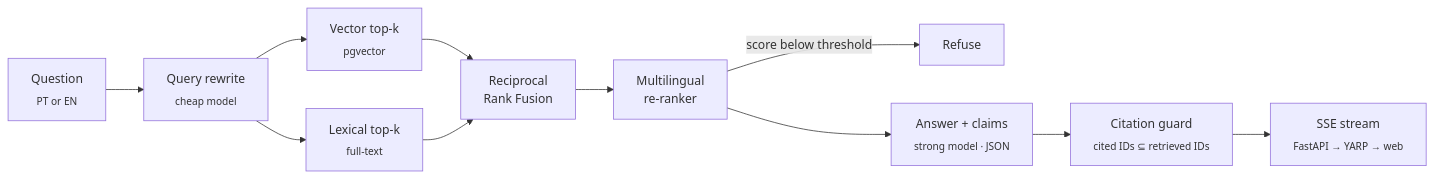
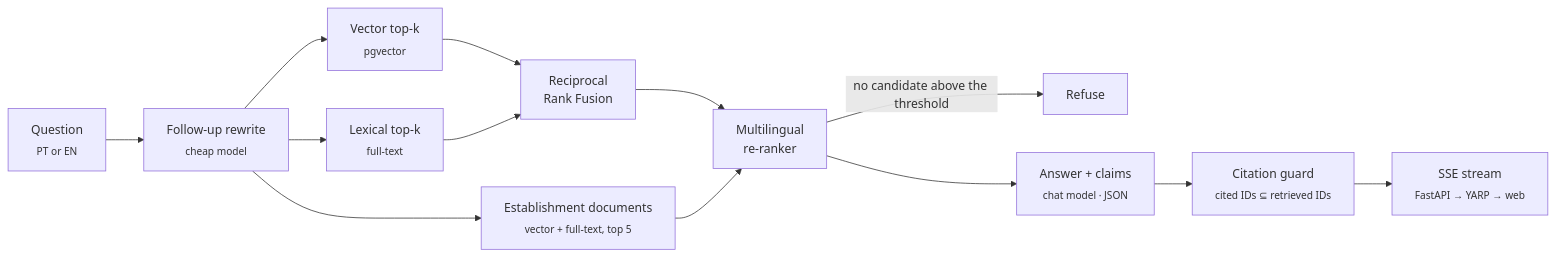
Before and after one commit to KauaVilasBoas/Normetry: the fourth of 5 diagrams in README.md, drawn with Mermaid. The commit also changed other lines of this file and 4 other files, not shown here.

````diff
--- a/README.md
+++ b/README.md
@@ -240,13 +250,15 @@
 ```mermaid
 flowchart LR
-    Q["Question<br/><sub>PT or EN</sub>"] --> RW["Query rewrite<br/><sub>cheap model</sub>"]
+    Q["Question<br/><sub>PT or EN</sub>"] --> RW["Follow-up rewrite<br/><sub>cheap model</sub>"]
     RW --> V["Vector top-k<br/><sub>pgvector</sub>"]
     RW --> L["Lexical top-k<br/><sub>full-text</sub>"]
+    RW --> D["Establishment documents<br/><sub>vector + full-text, top 5</sub>"]
     V --> RRF["Reciprocal<br/>Rank Fusion"]
     L --> RRF
     RRF --> RR["Multilingual<br/>re-ranker"]
-    RR -->|score below threshold| REF["Refuse"]
-    RR --> GEN["Answer + claims<br/><sub>strong model · JSON</sub>"]
+    D --> RR
+    RR -->|no candidate above the threshold| REF["Refuse"]
+    RR --> GEN["Answer + claims<br/><sub>chat model · JSON</sub>"]
     GEN --> GUARD["Citation guard<br/><sub>cited IDs ⊆ retrieved IDs</sub>"]
     GUARD --> SSE["SSE stream<br/><sub>FastAPI → YARP → web</sub>"]
 ```
````
